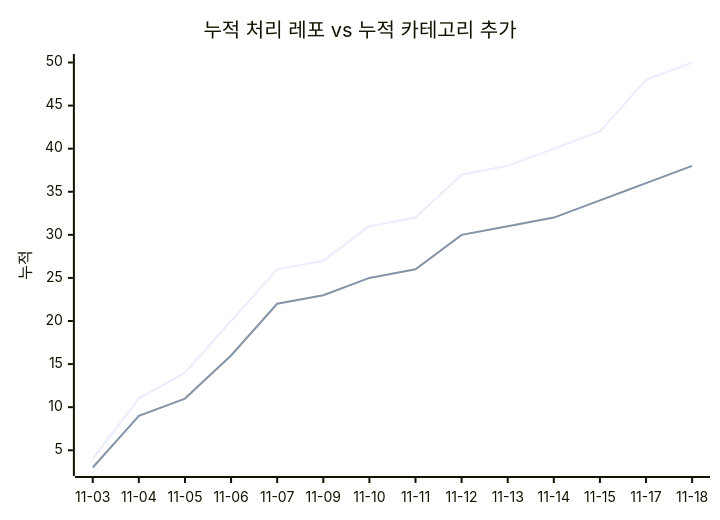
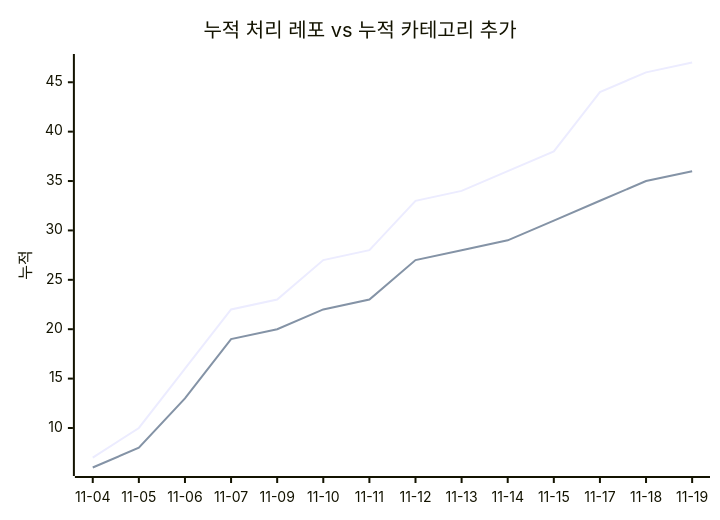
Before and after one commit to J-nowcow/awesome-korean-agent-skills: the second of 2 diagrams in docs/trends.md, drawn with Mermaid. The commit also changed other lines of this file and 28 other files, not shown here.

````diff
--- a/docs/trends.md
+++ b/docs/trends.md
@@ -68,8 +68,8 @@
 ```mermaid
 xychart-beta
     title "누적 처리 레포 vs 누적 카테고리 추가"
-    x-axis ["11-03","11-04","11-05","11-06","11-07","11-09","11-10","11-11","11-12","11-13","11-14","11-15","11-17","11-18"]
+    x-axis ["11-04","11-05","11-06","11-07","11-09","11-10","11-11","11-12","11-13","11-14","11-15","11-17","11-18","11-19"]
     y-axis "누적"
-    line [4,11,14,20,26,27,31,32,37,38,40,42,48,50]
-    line [3,9,11,16,22,23,25,26,30,31,32,34,36,38]
+    line [7,10,16,22,23,27,28,33,34,36,38,44,46,47]
+    line [6,8,13,19,20,22,23,27,28,29,31,33,35,36]
 ```
````
